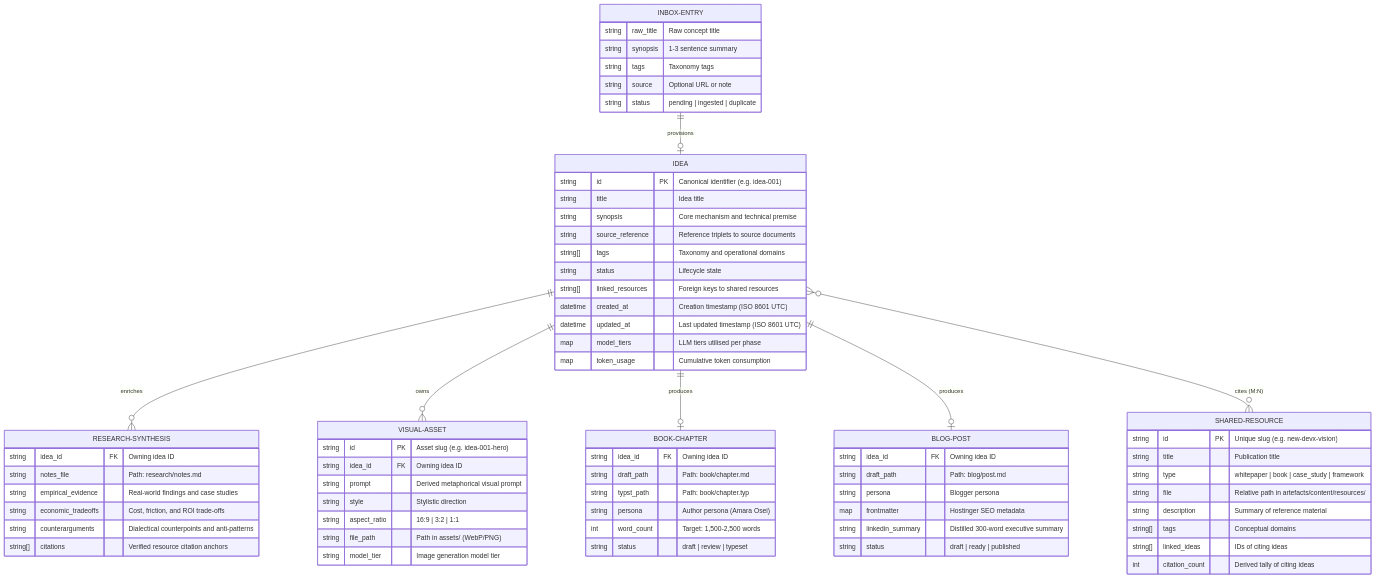
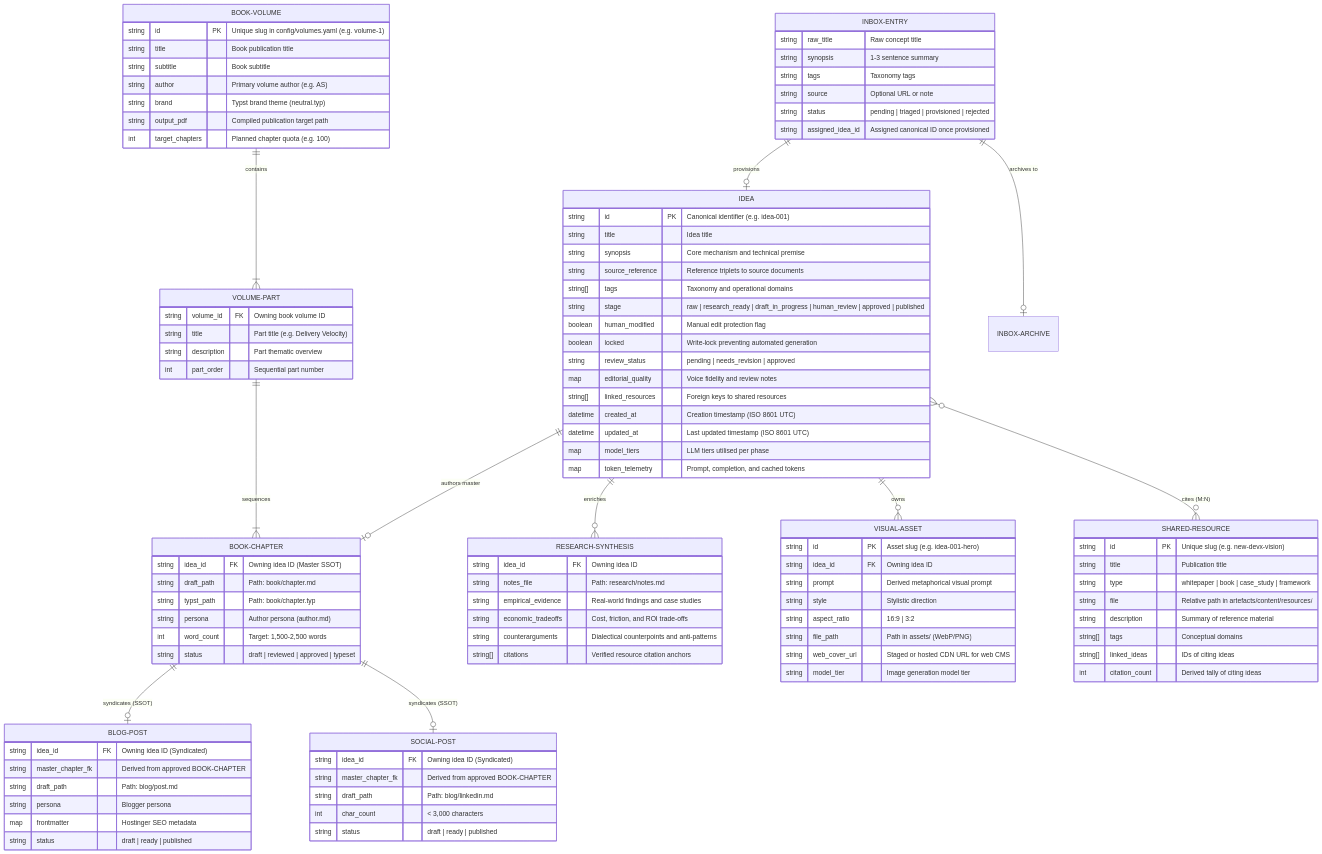
Before and after one commit to Schmoiger/100-ideas: the diagram in artefacts/architecture/data-model.md, drawn with Mermaid. The commit also changed other lines of this file and 4 other files, not shown here.

First line of the commit message:
docs(architecture): complete continuous publishing review

````diff
--- a/artefacts/architecture/data-model.md
+++ b/artefacts/architecture/data-model.md
@@ -16,11 +16,15 @@
 ```mermaid
 erDiagram
+    BOOK-VOLUME ||--|{ VOLUME-PART : "contains"
+    VOLUME-PART ||--|{ BOOK-CHAPTER : "sequences"
     IDEA ||--o{ RESEARCH-SYNTHESIS : "enriches"
     IDEA ||--o{ VISUAL-ASSET : "owns"
-    IDEA ||--o| BOOK-CHAPTER : "produces"
-    IDEA ||--o| BLOG-POST : "produces"
+    IDEA ||--o| BOOK-CHAPTER : "authors master"
+    BOOK-CHAPTER ||--o| BLOG-POST : "syndicates (SSOT)"
+    BOOK-CHAPTER ||--o| SOCIAL-POST : "syndicates (SSOT)"
     IDEA }o--o{ SHARED-RESOURCE : "cites (M:N)"
     INBOX-ENTRY ||--o| IDEA : "provisions"
+    INBOX-ENTRY ||--o| INBOX-ARCHIVE : "archives to"
 
     IDEA {
         string id PK "Canonical identifier (e.g. idea-001)"
@@ -28,12 +32,33 @@
         string synopsis "Core mechanism and technical premise"
         string source_reference "Reference triplets to source documents"
         string[] tags "Taxonomy and operational domains"
-        string status "Lifecycle state"
+        string stage "raw | research_ready | draft_in_progress | human_review | approved | published"
+        boolean human_modified "Manual edit protection flag"
+        boolean locked "Write-lock preventing automated generation"
+        string review_status "pending | needs_revision | approved"
+        map editorial_quality "Voice fidelity and review notes"
         string[] linked_resources "Foreign keys to shared resources"
         datetime created_at "Creation timestamp (ISO 8601 UTC)"
         datetime updated_at "Last updated timestamp (ISO 8601 UTC)"
         map model_tiers "LLM tiers utilised per phase"
-        map token_usage "Cumulative token consumption"
+        map token_telemetry "Prompt, completion, and cached tokens"
+    }
+
+    BOOK-VOLUME {
+        string id PK "Unique slug in config/volumes.yaml (e.g. volume-1)"
+        string title "Book publication title"
+        string subtitle "Book subtitle"
+        string author "Primary volume author (e.g. AS)"
+        string brand "Typst brand theme (neutral.typ)"
+        string output_pdf "Compiled publication target path"
+        int target_chapters "Planned chapter quota (e.g. 100)"
+    }
+
+    VOLUME-PART {
+        string volume_id FK "Owning book volume ID"
+        string title "Part title (e.g. Delivery Velocity)"
+        string description "Part thematic overview"
+        int part_order "Sequential part number"
     }
 
     SHARED-RESOURCE {
@@ -61,26 +86,35 @@
         string idea_id FK "Owning idea ID"
         string prompt "Derived metaphorical visual prompt"
         string style "Stylistic direction"
-        string aspect_ratio "16:9 | 3:2 | 1:1"
+        string aspect_ratio "16:9 | 3:2"
         string file_path "Path in assets/ (WebP/PNG)"
+        string web_cover_url "Staged or hosted CDN URL for web CMS"
         string model_tier "Image generation model tier"
     }
 
     BOOK-CHAPTER {
-        string idea_id FK "Owning idea ID"
+        string idea_id FK "Owning idea ID (Master SSOT)"
         string draft_path "Path: book/chapter.md"
         string typst_path "Path: book/chapter.typ"
-        string persona "Author persona (Amara Osei)"
+        string persona "Author persona (author.md)"
         int word_count "Target: 1,500-2,500 words"
-        string status "draft | review | typeset"
+        string status "draft | reviewed | approved | typeset"
     }
 
     BLOG-POST {
-        string idea_id FK "Owning idea ID"
+        string idea_id FK "Owning idea ID (Syndicated)"
+        string master_chapter_fk "Derived from approved BOOK-CHAPTER"
         string draft_path "Path: blog/post.md"
         string persona "Blogger persona"
         map frontmatter "Hostinger SEO metadata"
-        string linkedin_summary "Distilled 300-word executive summary"
+        string status "draft | ready | published"
+    }
+
+    SOCIAL-POST {
+        string idea_id FK "Owning idea ID (Syndicated)"
+        string master_chapter_fk "Derived from approved BOOK-CHAPTER"
+        string draft_path "Path: blog/linkedin.md"
+        int char_count "< 3,000 characters"
         string status "draft | ready | published"
     }
 
@@ -89,6 +123,7 @@
         string synopsis "1-3 sentence summary"
         string tags "Taxonomy tags"
         string source "Optional URL or note"
-        string status "pending | ingested | duplicate"
+        string status "pending | triaged | provisioned | rejected"
+        string assigned_idea_id "Assigned canonical ID once provisioned"
     }
 ```
````
